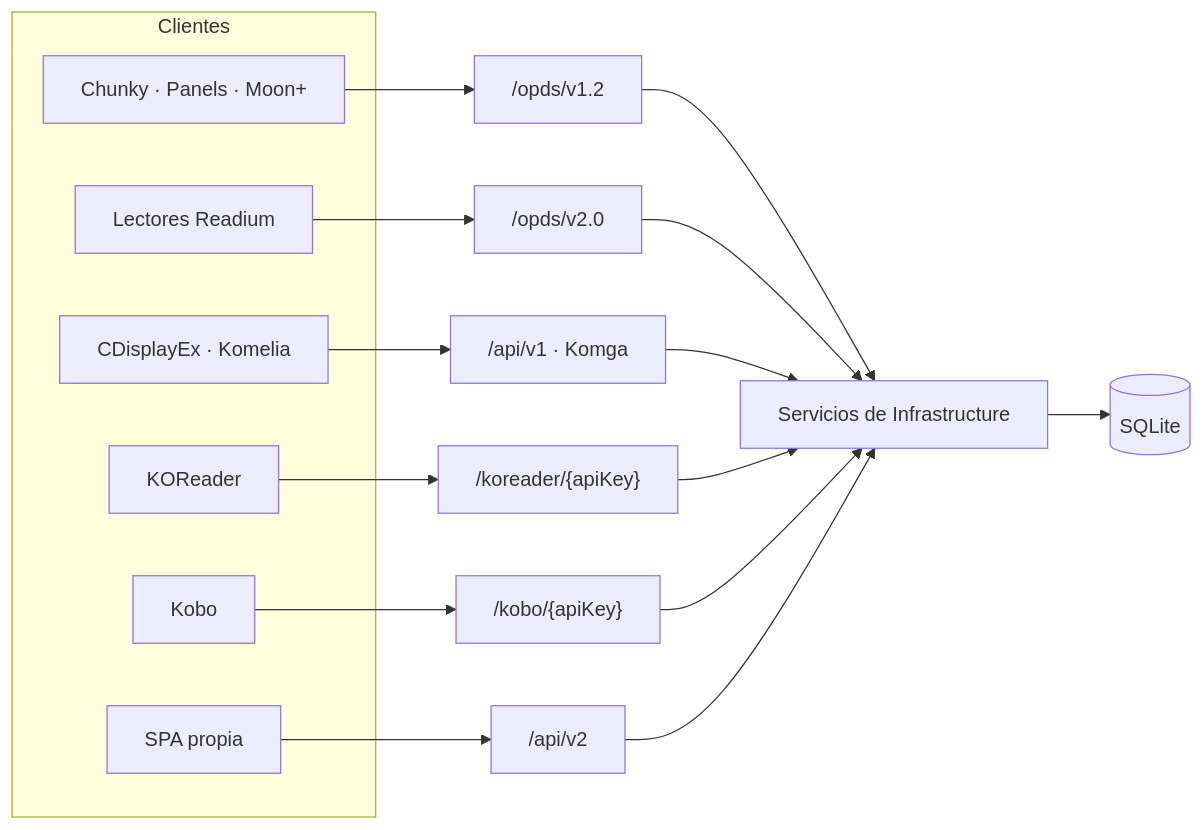
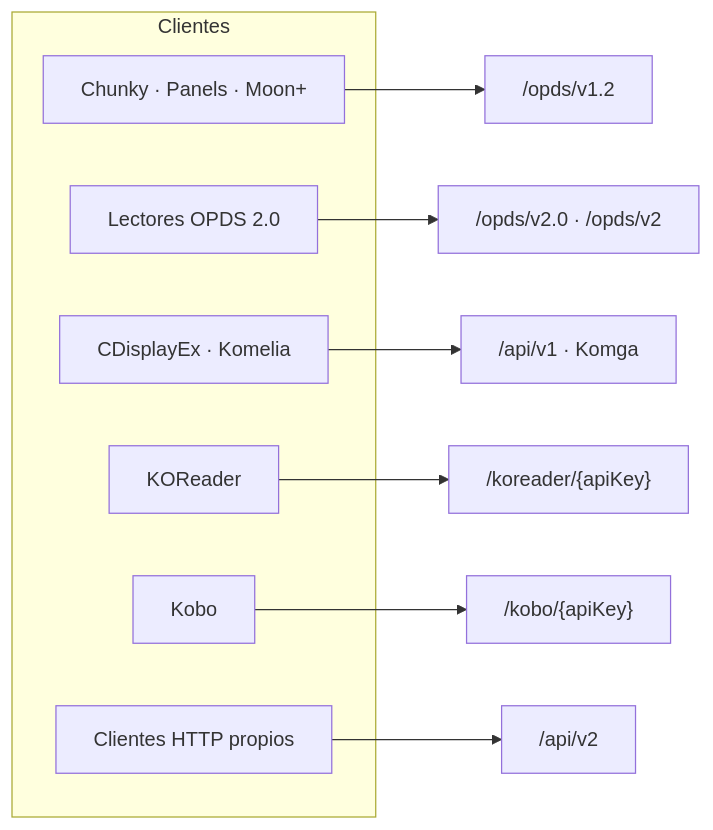
One commit to d2a3n4i5e6l7/DiarSpeicher changed the diagram in documentation/backend/04-apis-y-protocolos.md. Above: the diagram before and after it, drawn with Mermaid. The commit also changed other lines of this file and 45 other files, not shown here.

````diff
--- a/documentation/backend/04-apis-y-protocolos.md
+++ b/documentation/backend/04-apis-y-protocolos.md
@@ -7,26 +8,18 @@
 ```mermaid
 flowchart LR
     subgraph clientes["Clientes"]
         C1["Chunky · Panels · Moon+"]
-        C2["Lectores Readium"]
+        C2["Lectores OPDS 2.0"]
         C3["CDisplayEx · Komelia"]
         C4["KOReader"]
         C5["Kobo"]
-        C6["SPA propia"]
+        C6["Clientes HTTP propios"]
     end
 
     C1 --> A["/opds/v1.2"]
-    C2 --> B["/opds/v2.0"]
+    C2 --> B["/opds/v2.0 · /opds/v2"]
     C3 --> D["/api/v1 · Komga"]
     C4 --> E["/koreader/{apiKey}"]
     C5 --> F["/kobo/{apiKey}"]
     C6 --> G["/api/v2"]
-
-    A --> S["Servicios de Infrastructure"]
-    B --> S
-    D --> S
-    E --> S
-    F --> S
-    G --> S
-    S --> DB[("SQLite")]
 ```
````
